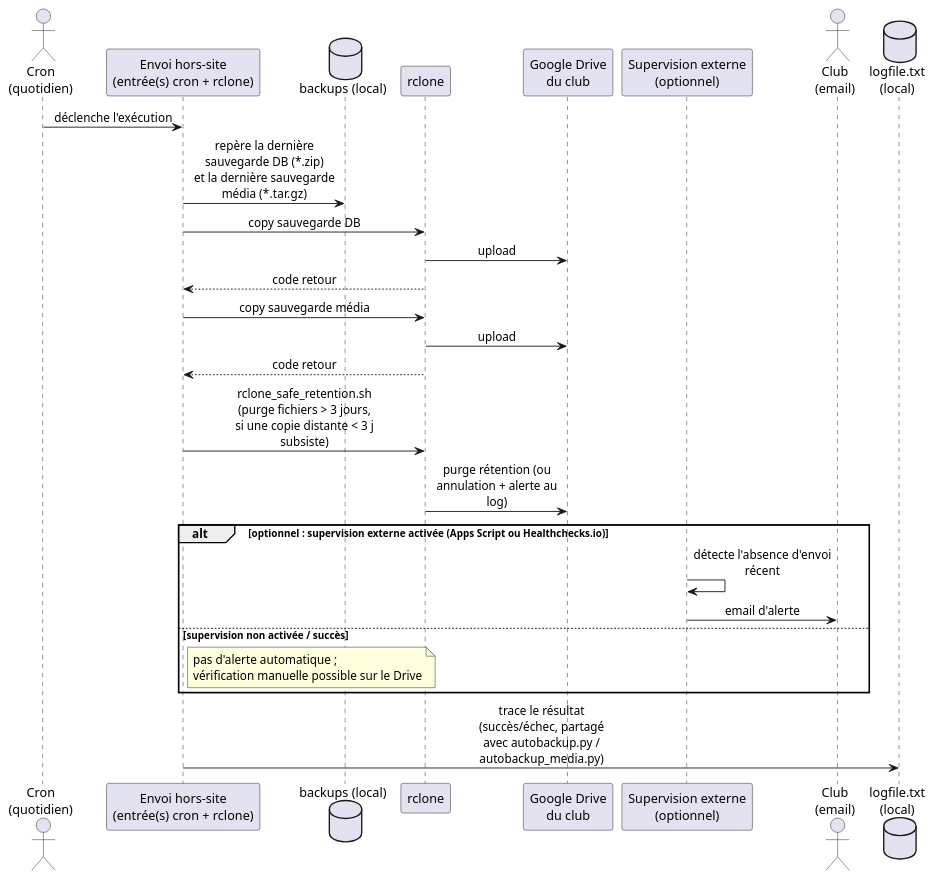
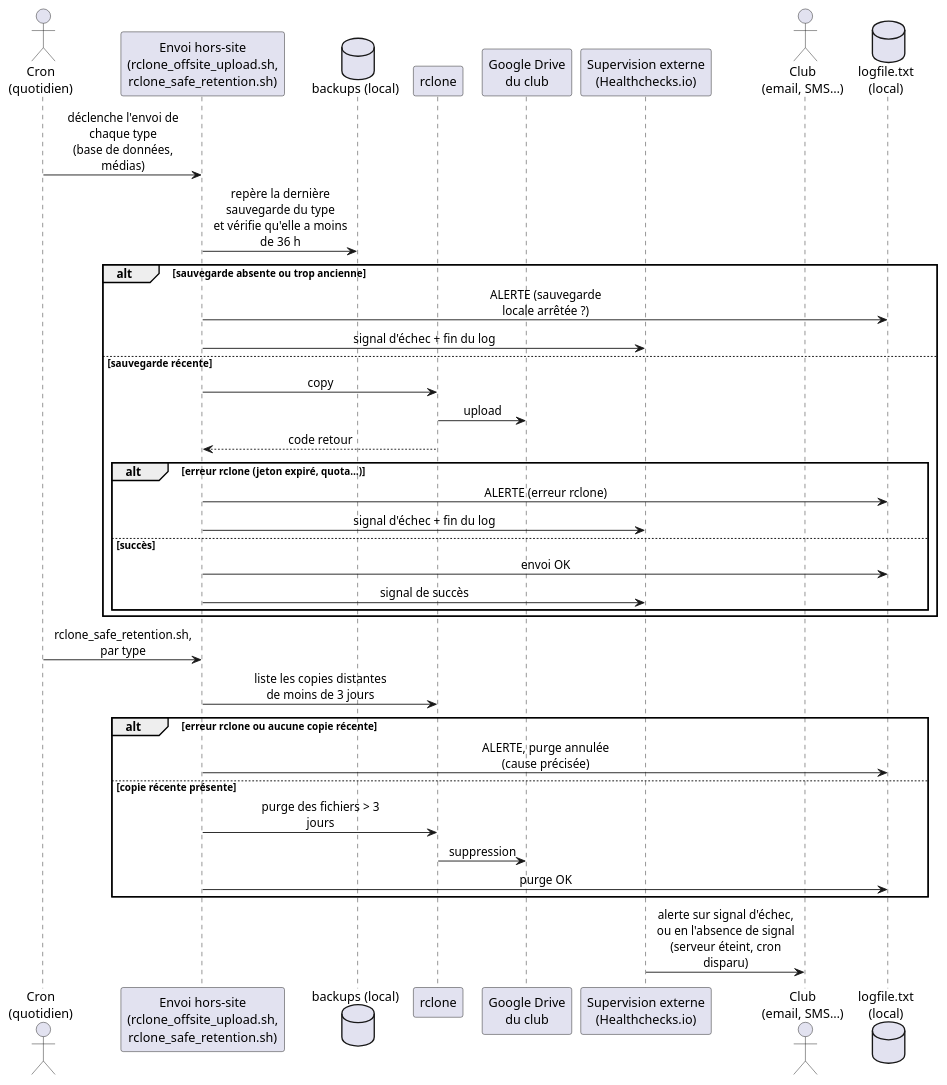
One commit to flub78/gvv changed the diagram in doc/design_notes/diagrams/sauvegarde_hors_site_flow.puml. Above: the diagram before and after it, drawn with PlantUML. The commit also changed 9 other files, not shown here.

First line of the commit message:
Sauvegarde hors-site : script d'envoi supervisé et alertes

```diff
--- a/doc/design_notes/diagrams/sauvegarde_hors_site_flow.puml
+++ b/doc/design_notes/diagrams/sauvegarde_hors_site_flow.puml
@@ -1,36 +1,44 @@
 @startuml sauvegarde_hors_site_flow
 skinparam sequenceMessageAlign center
 skinparam maxMessageSize 160
 
 actor "Cron\n(quotidien)" as Cron
-participant "Envoi hors-site\n(entrée(s) cron + rclone)" as Script
+participant "Envoi hors-site\n(rclone_offsite_upload.sh,\nrclone_safe_retention.sh)" as Script
 database "backups (local)" as Local
 participant "rclone" as Rclone
 participant "Google Drive\ndu club" as Drive
-participant "Supervision externe\n(optionnel)" as Smtp
-actor "Club\n(email)" as Club
+participant "Supervision externe\n(Healthchecks.io)" as Smtp
+actor "Club\n(email, SMS…)" as Club
 database "logfile.txt\n(local)" as Log
 
-Cron -> Script : déclenche l'exécution
-Script -> Local : repère la dernière sauvegarde DB (*.zip)\net la dernière sauvegarde média (*.tar.gz)
-Script -> Rclone : copy sauvegarde DB
-Rclone -> Drive : upload
-Rclone --> Script : code retour
-
-Script -> Rclone : copy sauvegarde média
-Rclone -> Drive : upload
-Rclone --> Script : code retour
-
-Script -> Rclone : rclone_safe_retention.sh\n(purge fichiers > 3 jours,\nsi une copie distante < 3 j subsiste)
-Rclone -> Drive : purge rétention (ou annulation + alerte au log)
-
-alt optionnel : supervision externe activée (Apps Script ou Healthchecks.io)
-    Smtp -> Smtp : détecte l'absence d'envoi récent
-    Smtp -> Club : email d'alerte
-else supervision non activée / succès
-    note right of Script : pas d'alerte automatique ;\nvérification manuelle possible sur le Drive
+Cron -> Script : déclenche l'envoi de chaque type\n(base de données, médias)
+Script -> Local : repère la dernière sauvegarde du type\net vérifie qu'elle a moins de 36 h
+alt sauvegarde absente ou trop ancienne
+    Script -> Log : ALERTE (sauvegarde locale arrêtée ?)
+    Script -> Smtp : signal d'échec + fin du log
+else sauvegarde récente
+    Script -> Rclone : copy
+    Rclone -> Drive : upload
+    Rclone --> Script : code retour
+    alt erreur rclone (jeton expiré, quota…)
+        Script -> Log : ALERTE (erreur rclone)
+        Script -> Smtp : signal d'échec + fin du log
+    else succès
+        Script -> Log : envoi OK
+        Script -> Smtp : signal de succès
+    end
 end
 
-Script -> Log : trace le résultat (succès/échec, partagé\navec autobackup.py / autobackup_media.py)
+Cron -> Script : rclone_safe_retention.sh, par type
+Script -> Rclone : liste les copies distantes de moins de 3 jours
+alt erreur rclone ou aucune copie récente
+    Script -> Log : ALERTE, purge annulée (cause précisée)
+else copie récente présente
+    Script -> Rclone : purge des fichiers > 3 jours
+    Rclone -> Drive : suppression
+    Script -> Log : purge OK
+end
+
+Smtp -> Club : alerte sur signal d'échec,\nou en l'absence de signal\n(serveur éteint, cron disparu)
 
 @enduml
```
